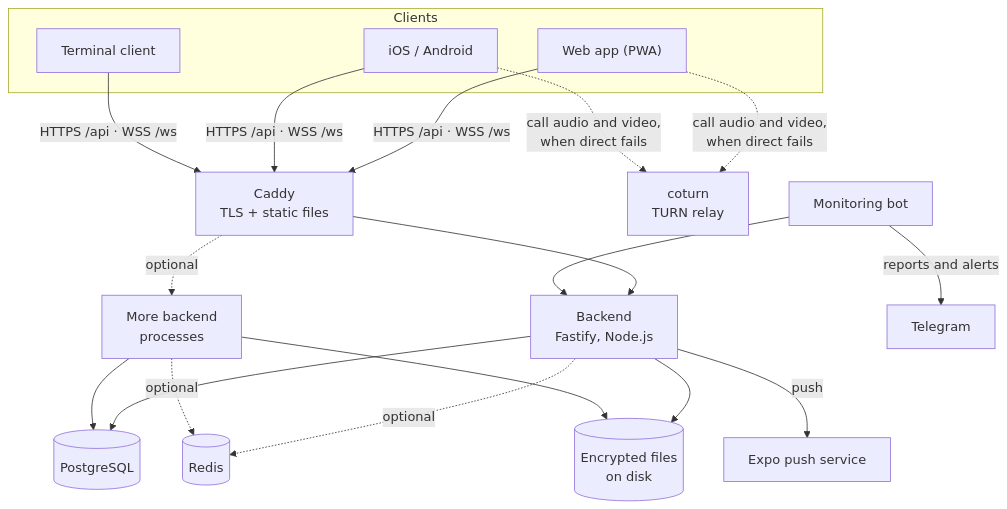
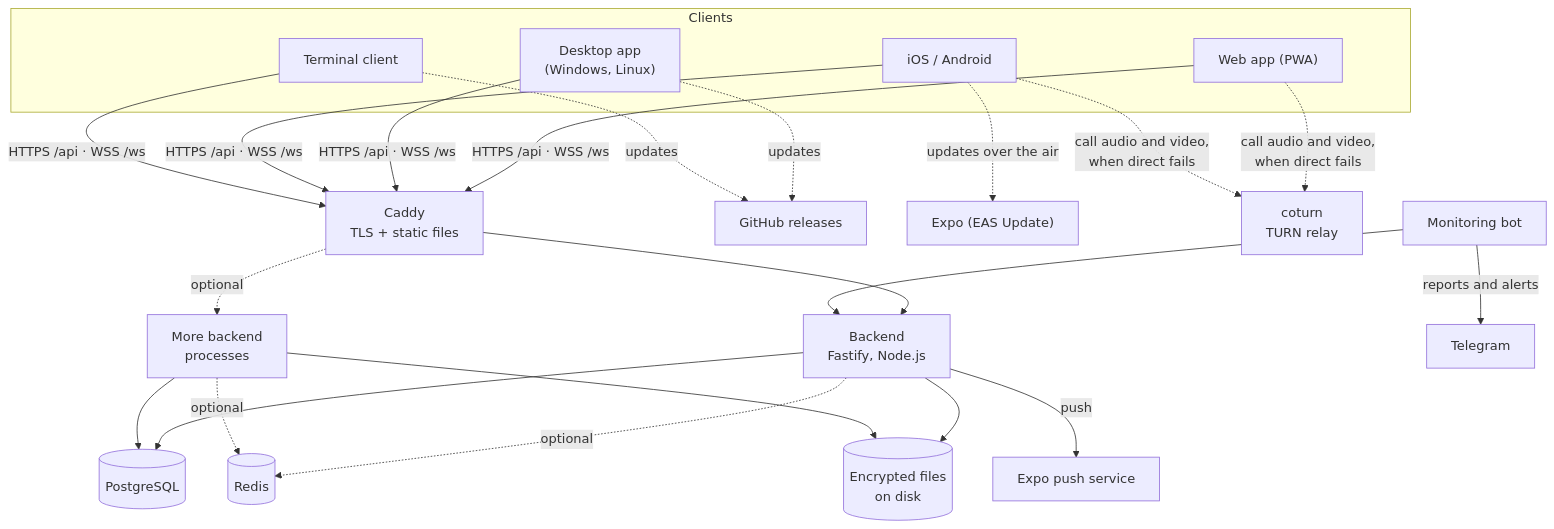
One commit to Skerpsh/Ostrich_Messenger changed the second of 2 diagrams in README.md. Above: the diagram before and after it, drawn with Mermaid. The commit also changed other lines of this file and 11 other files, not shown here.

````diff
--- a/README.md
+++ b/README.md
@@ -245,18 +282,21 @@
 ```mermaid
 flowchart TB
     subgraph Clients
         W["Web app (PWA)"]
+        D["Desktop app<br/>(Windows, Linux)"]
         M["iOS / Android"]
         C["Terminal client"]
     end
-    W & M & C -->|"HTTPS /api · WSS /ws"| CADDY["Caddy<br/>TLS + static files"]
+    W & D & M & C -->|"HTTPS /api · WSS /ws"| CADDY["Caddy<br/>TLS + static files"]
+    D & C -.->|updates| GH["GitHub releases"]
+    M -.->|"updates over the air"| EAS["Expo (EAS Update)"]
     CADDY --> B1["Backend<br/>Fastify, Node.js"]
     CADDY -.->|optional| B2["More backend<br/>processes"]
     B1 & B2 --> PG[(PostgreSQL)]
     B1 & B2 -.->|optional| R[(Redis)]
     B1 & B2 --> FS[("Encrypted files<br/>on disk")]
     B1 -->|push| EXPO["Expo push service"]
     W & M -.->|"call audio and video,<br/>when direct fails"| TURN["coturn<br/>TURN relay"]
     MON["Monitoring bot"] -->|reports and alerts| TG["Telegram"]
     MON --> B1
 ```
````
